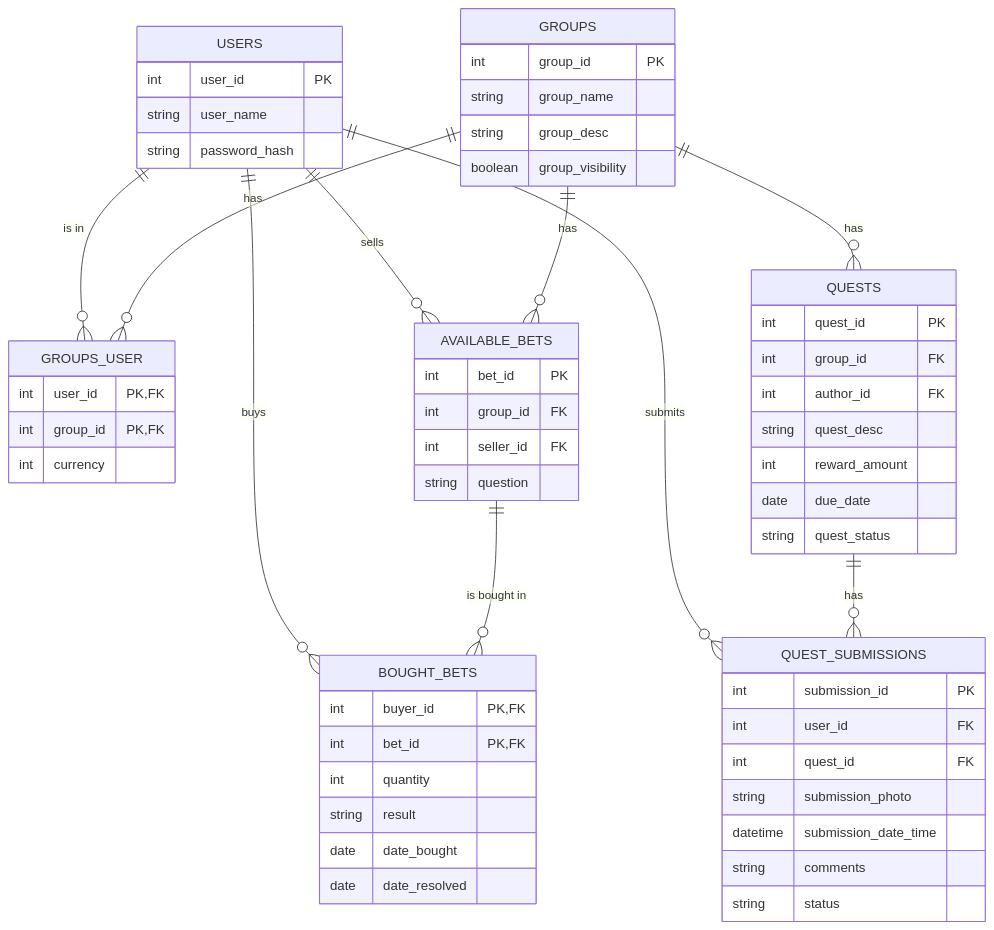
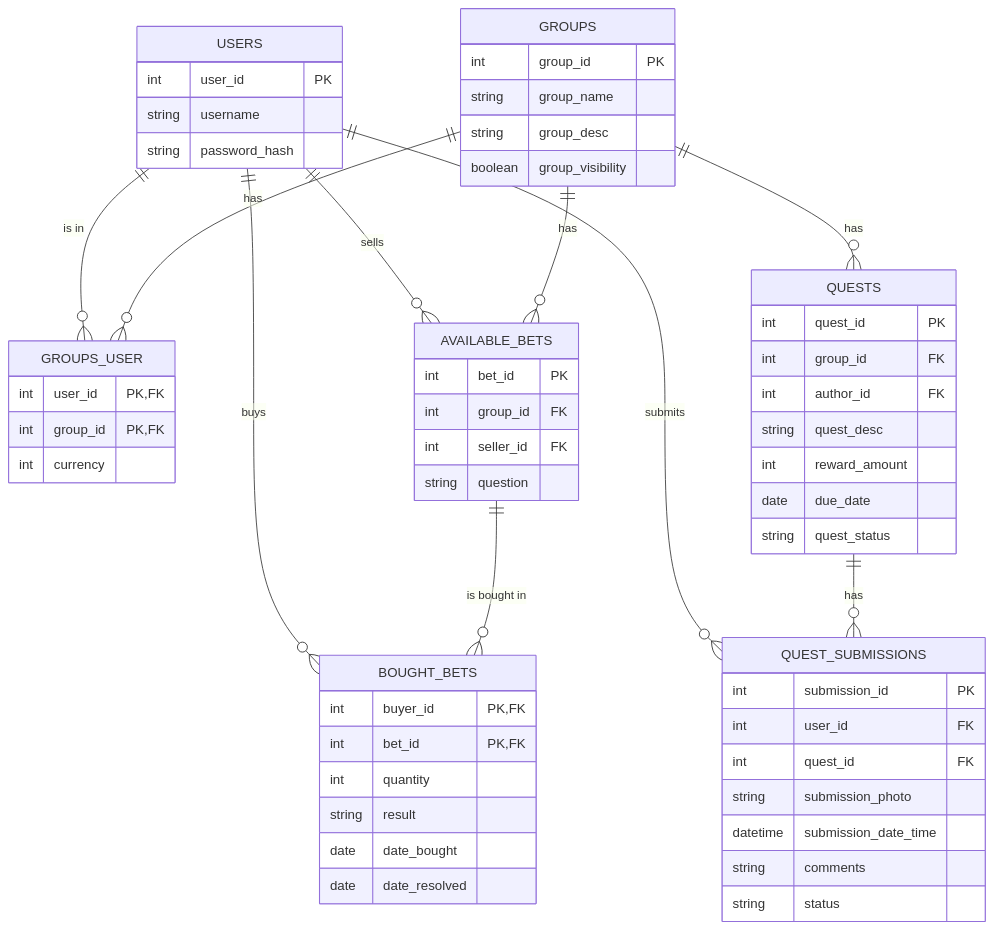
The diagram in docs/erd.md (jdolak/sidequest), drawn with Mermaid before and after one commit. The commit also changed 8 other files, not shown here.

````diff
--- a/docs/erd.md
+++ b/docs/erd.md
@@ -1,68 +1,68 @@
 ```mermaid
 erDiagram
     USERS {
         int user_id PK
-        string user_name
+        string username
         string password_hash
     }
 
     GROUPS {
         int group_id PK
         string group_name
         string group_desc
         boolean group_visibility
     }
 
     GROUPS_USER {
         int user_id PK,FK
         int group_id PK,FK
         int currency
     }
 
     AVAILABLE_BETS {
         int bet_id PK
         int group_id FK
         int seller_id FK
         string question
     }
 
     BOUGHT_BETS {
         int buyer_id PK,FK
         int bet_id PK,FK
         int quantity
         string result
         date date_bought
         date date_resolved
     }
 
     QUESTS {
         int quest_id PK
         int group_id FK
         int author_id FK
         string quest_desc
         int reward_amount
         date due_date
         string quest_status
     }
 
     QUEST_SUBMISSIONS {
         int submission_id PK
         int user_id FK
         int quest_id FK
         string submission_photo
         datetime submission_date_time
         string comments
         string status
     }
 
     USERS ||--o{ GROUPS_USER : "is in"
     GROUPS ||--o{ GROUPS_USER : "has"
     USERS ||--o{ AVAILABLE_BETS : "sells"
     GROUPS ||--o{ AVAILABLE_BETS : "has"
     USERS ||--o{ BOUGHT_BETS : "buys"
     AVAILABLE_BETS ||--o{ BOUGHT_BETS : "is bought in"
     GROUPS ||--o{ QUESTS : "has"
     USERS ||--o{ QUEST_SUBMISSIONS : "submits"
     QUESTS ||--o{ QUEST_SUBMISSIONS : "has"
 
 ```
````
